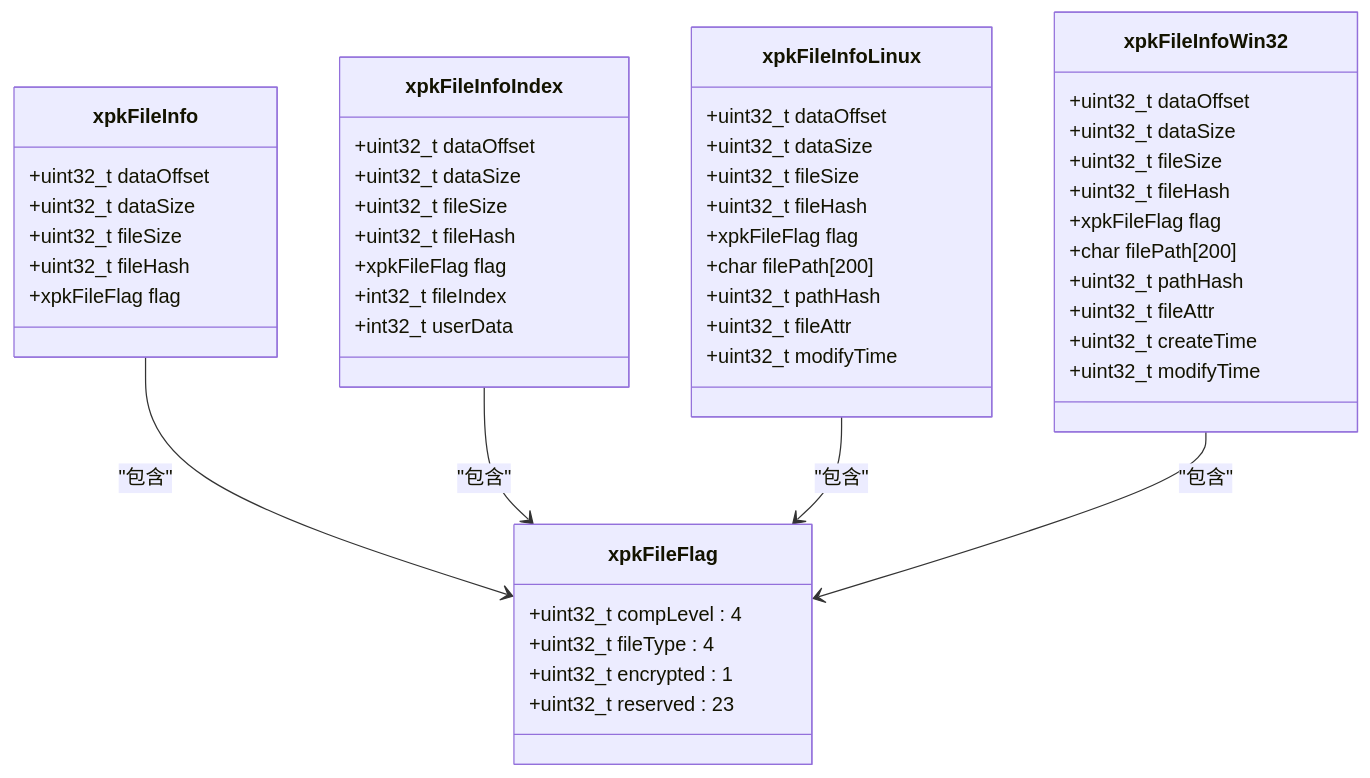
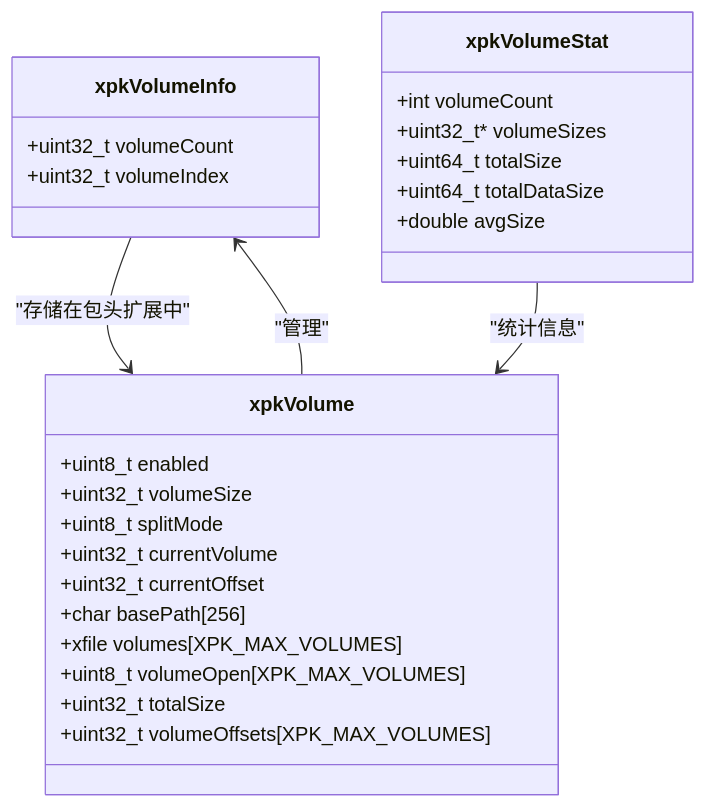
Before and after one commit to xywhsoft/xpack: the third of 8 diagrams in .qoder/repowiki/zh/content/API参考手册/核心API函数.md, drawn with Mermaid. The commit also changed other lines of this file and 42 other files, not shown here.

````diff
--- a/.qoder/repowiki/zh/content/API参考手册/核心API函数.md
+++ b/.qoder/repowiki/zh/content/API参考手册/核心API函数.md
@@ -125,52 +137,29 @@
 ```mermaid
 classDiagram
-class xpkFileInfo {
-+uint32_t dataOffset
-+uint32_t dataSize
-+uint32_t fileSize
-+uint32_t fileHash
-+xpkFileFlag flag
+class xpkVolumeInfo {
++uint32_t volumeCount
++uint32_t volumeIndex
 }
-class xpkFileFlag {
-+uint32_t compLevel : 4
-+uint32_t fileType : 4
-+uint32_t encrypted : 1
-+uint32_t reserved : 23
+class xpkVolumeStat {
++int volumeCount
++uint32_t* volumeSizes
++uint64_t totalSize
++uint64_t totalDataSize
++double avgSize
 }
-class xpkFileInfoIndex {
-+uint32_t dataOffset
-+uint32_t dataSize
-+uint32_t fileSize
-+uint32_t fileHash
-+xpkFileFlag flag
-+int32_t fileIndex
-+int32_t userData
+class xpkVolume {
++uint8_t enabled
++uint32_t volumeSize
++uint8_t splitMode
++uint32_t currentVolume
++uint32_t currentOffset
++char basePath[256]
++xfile volumes[XPK_MAX_VOLUMES]
++uint8_t volumeOpen[XPK_MAX_VOLUMES]
++uint32_t totalSize
++uint32_t volumeOffsets[XPK_MAX_VOLUMES]
 }
-class xpkFileInfoLinux {
-+uint32_t dataOffset
-+uint32_t dataSize
-+uint32_t fileSize
-+uint32_t fileHash
-+xpkFileFlag flag
-+char filePath[200]
-+uint32_t pathHash
-+uint32_t fileAttr
-+uint32_t modifyTime
-}
-class xpkFileInfoWin32 {
-+uint32_t dataOffset
-+uint32_t dataSize
-+uint32_t fileSize
-+uint32_t fileHash
-+xpkFileFlag flag
-+char filePath[200]
-+uint32_t pathHash
-+uint32_t fileAttr
-+uint32_t createTime
-+uint32_t modifyTime
-}
-xpkFileInfo --> xpkFileFlag : "包含"
-xpkFileInfoIndex --> xpkFileFlag : "包含"
-xpkFileInfoLinux --> xpkFileFlag : "包含"
-xpkFileInfoWin32 --> xpkFileFlag : "包含"
+xpkVolumeInfo --> xpkVolume : "存储在包头扩展中"
+xpkVolumeStat --> xpkVolume : "统计信息"
+xpkVolume --> xpkVolumeInfo : "管理"
 ```
````
